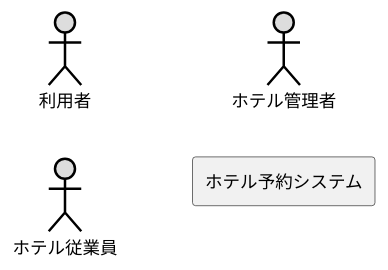
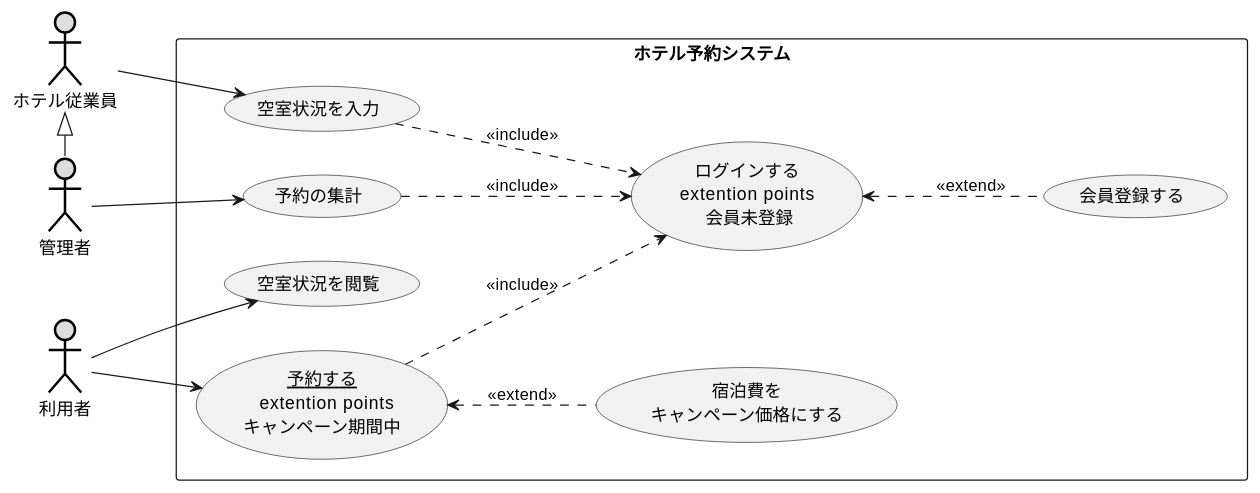
The diagram in 2/演習2-8_UC_ホテル予約システム.pu (chibachibaibu2003/laughing-carnival), drawn with PlantUML before and after one commit.

Commit message:
演習2-8の提出

```diff
--- a/2/演習2-8_UC_ホテル予約システム.pu
+++ b/2/演習2-8_UC_ホテル予約システム.pu
@@ -1,7 +1,25 @@
 @startuml ユースケース図
     left to right direction
+    actor ホテル従業員#DDDDDD;line:black;line.bold;
+    actor 管理者#DDDDDD;line:black;line.bold;
     actor 利用者#DDDDDD;line:black;line.bold;
-    actor ホテル従業員#DDDDDD;line:black;line.bold;
-    actor ホテル管理者#DDDDDD;line:black;line.bold;
-    rectangle ホテル予約システム
+    rectangle ホテル予約システム{
+        usecase (空室状況を閲覧) as text1
+        usecase (<u>予約する</u>\n  extention points\nキャンペーン期間中) as text2
+        usecase (予約の集計) as text3
+        usecase (ログインする\n extention points \n 会員未登録) as text4 
+        usecase (空室状況を入力) as text5
+        usecase (宿泊費を\nキャンペーン価格にする) as text6
+        usecase (会員登録する) as text7
+    }
+    ホテル従業員<|-管理者
+    利用者-->text1
+    利用者-->text2
+    text2 ..>text4:<<include>>
+    text2<..text6: <<extend>>
+    text4<..text7:<<extend>>
+    管理者-->text3
+    text3 ..>text4:<<include>>
+    text5 ..>text4:<<include>>
+    ホテル従業員-->text5
 @enduml
```
